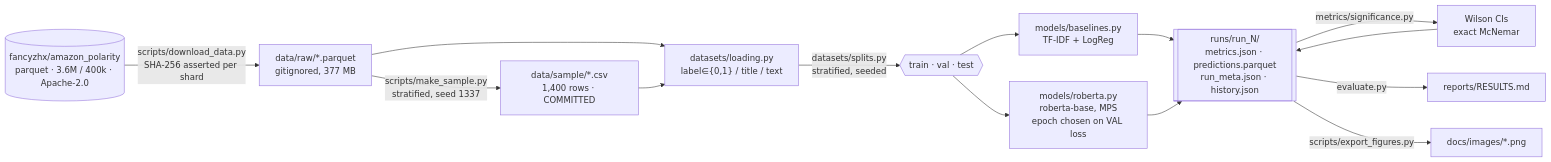
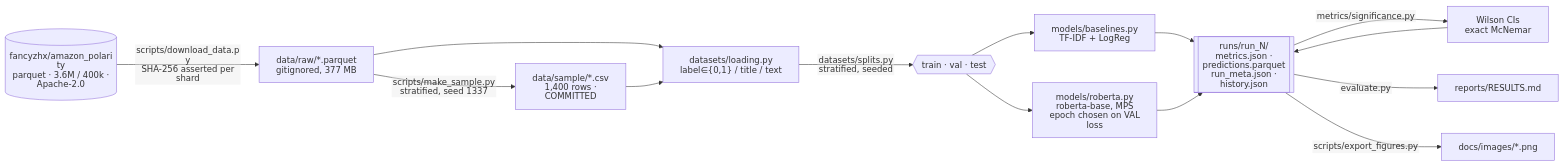
The diagram in README.md (armandogon94/Sentiment-RoBERTa), drawn with Mermaid before and after one commit. The commit also changed 18 other files, not shown here.

````diff
--- a/README.md
+++ b/README.md
@@ -301,21 +301,22 @@
 ```mermaid
+%%{init: {'htmlLabels': false, 'fontFamily': 'arial, helvetica, sans-serif', 'flowchart': {'htmlLabels': false, 'padding': 16, 'nodeSpacing': 60, 'rankSpacing': 70, 'useMaxWidth': true}}}%%
 flowchart LR
     HF[("fancyzhx/amazon_polarity<br/>parquet · 3.6M / 400k · Apache-2.0")]
     HF -->|"scripts/download_data.py<br/>SHA-256 asserted per shard"| RAW["data/raw/*.parquet<br/>gitignored, 377 MB"]
     RAW -->|"scripts/make_sample.py<br/>stratified, seed 1337"| SAMPLE["data/sample/*.csv<br/>1,400 rows · COMMITTED"]
 
     RAW --> LOAD["datasets/loading.py<br/>label∈{0,1} / title / text"]
     SAMPLE --> LOAD
     LOAD -->|"datasets/splits.py<br/>stratified, seeded"| SPLIT{{"train · val · test"}}
 
     SPLIT --> BASE["models/baselines.py<br/>TF-IDF + LogReg"]
     SPLIT --> ROB["models/roberta.py<br/>roberta-base, MPS<br/>epoch chosen on VAL loss"]
 
     BASE --> RUN[["runs/run_N/<br/>metrics.json · predictions.parquet<br/>run_meta.json · history.json"]]
     ROB --> RUN
 
     RUN -->|"metrics/significance.py"| SIG["Wilson CIs<br/>exact McNemar"]
     SIG --> RUN
     RUN -->|"evaluate.py"| REP["reports/RESULTS.md"]
     RUN -->|"scripts/export_figures.py"| FIG["docs/images/*.png"]
 ```
````
